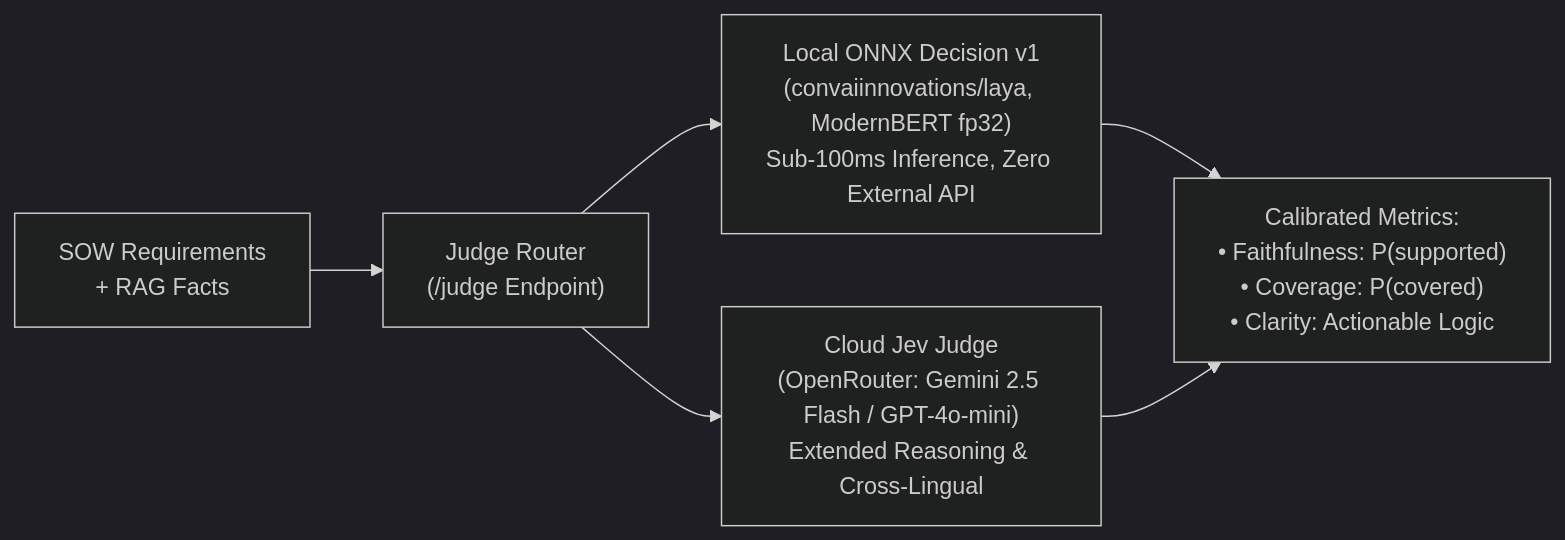
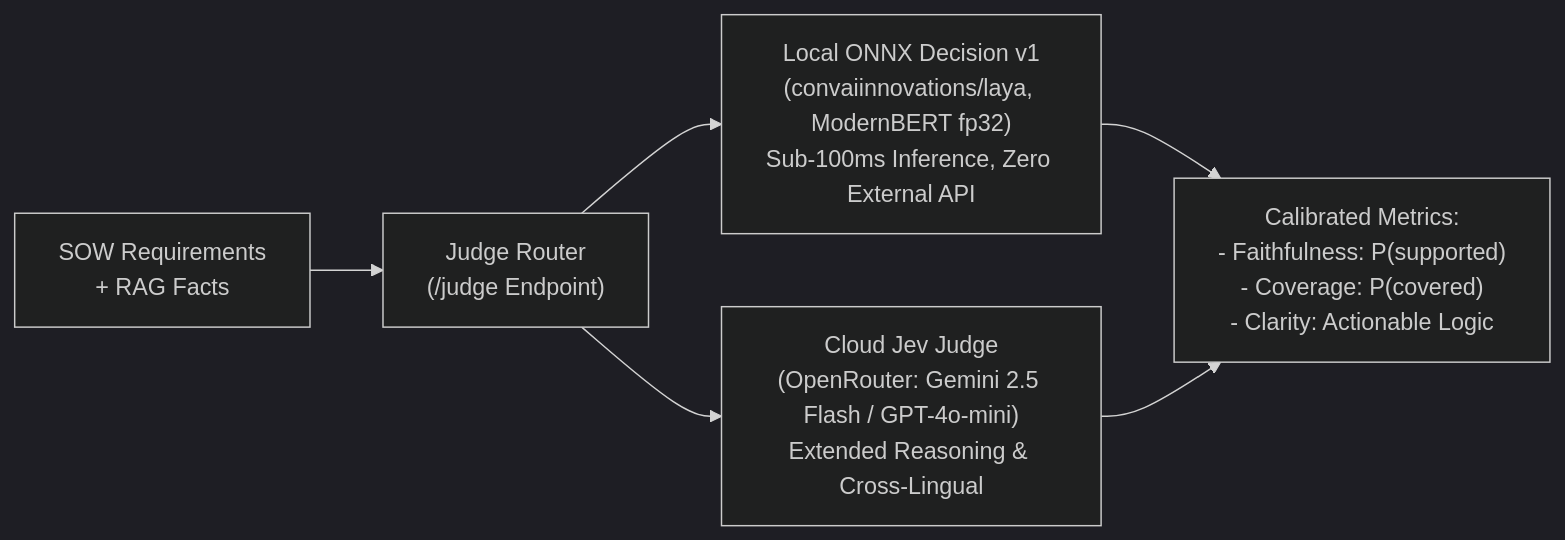
One commit to AI-Engineer888NagabhushanaRajuS/BAM-full-ui- changed the seventh of 7 diagrams in README.md. Above: the diagram before and after it, drawn with Mermaid (dark theme). The commit also changed other lines of this file, not shown here.

Commit message:
docs: fix mermaid diagram syntax, add AI bootstrap prompt, and add contributors

````diff
--- a/README.md
+++ b/README.md
@@ -304,10 +304,10 @@
 ```mermaid
 flowchart LR
     IN["SOW Requirements\n+ RAG Facts"] --> ROUTER["Judge Router\n(/judge Endpoint)"]
 
     ROUTER --> ONNX["Local ONNX Decision v1\n(convaiinnovations/laya, ModernBERT fp32)\nSub-100ms Inference, Zero External API"]
     ROUTER --> CLOUD["Cloud Jev Judge\n(OpenRouter: Gemini 2.5 Flash / GPT-4o-mini)\nExtended Reasoning & Cross-Lingual"]
 
-    ONNX --> OUT["Calibrated Metrics:\n• Faithfulness: P(supported)\n• Coverage: P(covered)\n• Clarity: Actionable Logic"]
+    ONNX --> OUT["Calibrated Metrics:\n- Faithfulness: P(supported)\n- Coverage: P(covered)\n- Clarity: Actionable Logic"]
     CLOUD --> OUT
 ```
````
